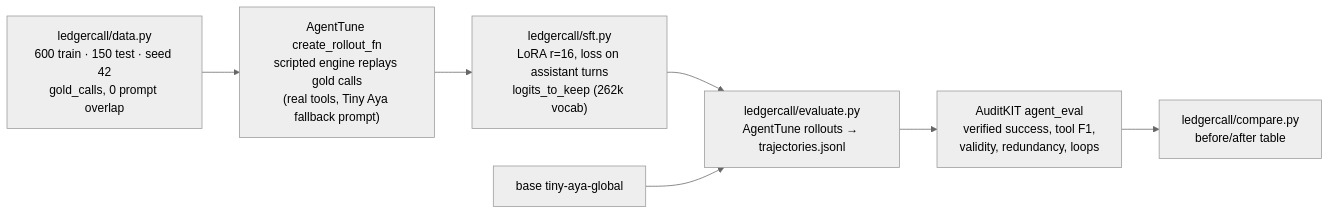
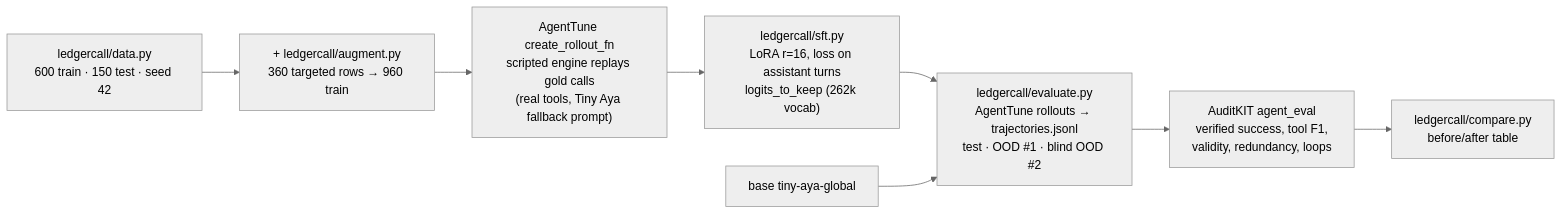
One commit to Xuefeng-Zhu/Ledgercall changed the diagram in README.md. Above: the diagram before and after it, drawn with Mermaid (neutral theme). The commit also changed other lines of this file, not shown here.

Commit message:
README: lead with blind OOD result, update to v4 details, add repo layout, v4 reproduce, threat model, expected before/after

````diff
--- a/README.md
+++ b/README.md
@@ -55,9 +61,10 @@
 ```mermaid
 flowchart LR
-  D["ledgercall/data.py<br/>600 train · 150 test · seed 42<br/>gold_calls, 0 prompt overlap"] --> R["AgentTune create_rollout_fn<br/>scripted engine replays gold calls<br/>(real tools, Tiny Aya fallback prompt)"]
+  D["ledgercall/data.py<br/>600 train · 150 test · seed 42"] --> M["+ ledgercall/augment.py<br/>360 targeted rows → 960 train"]
+  M --> R["AgentTune create_rollout_fn<br/>scripted engine replays gold calls<br/>(real tools, Tiny Aya fallback prompt)"]
   R --> S["ledgercall/sft.py<br/>LoRA r=16, loss on assistant turns<br/>logits_to_keep (262k vocab)"]
-  S --> E["ledgercall/evaluate.py<br/>AgentTune rollouts → trajectories.jsonl"]
+  S --> E["ledgercall/evaluate.py<br/>AgentTune rollouts → trajectories.jsonl<br/>test · OOD #1 · blind OOD #2"]
   B["base tiny-aya-global"] --> E
   E --> A["AuditKIT agent_eval<br/>verified success, tool F1,<br/>validity, redundancy, loops"]
   A --> C["ledgercall/compare.py<br/>before/after table"]
 ```
````
